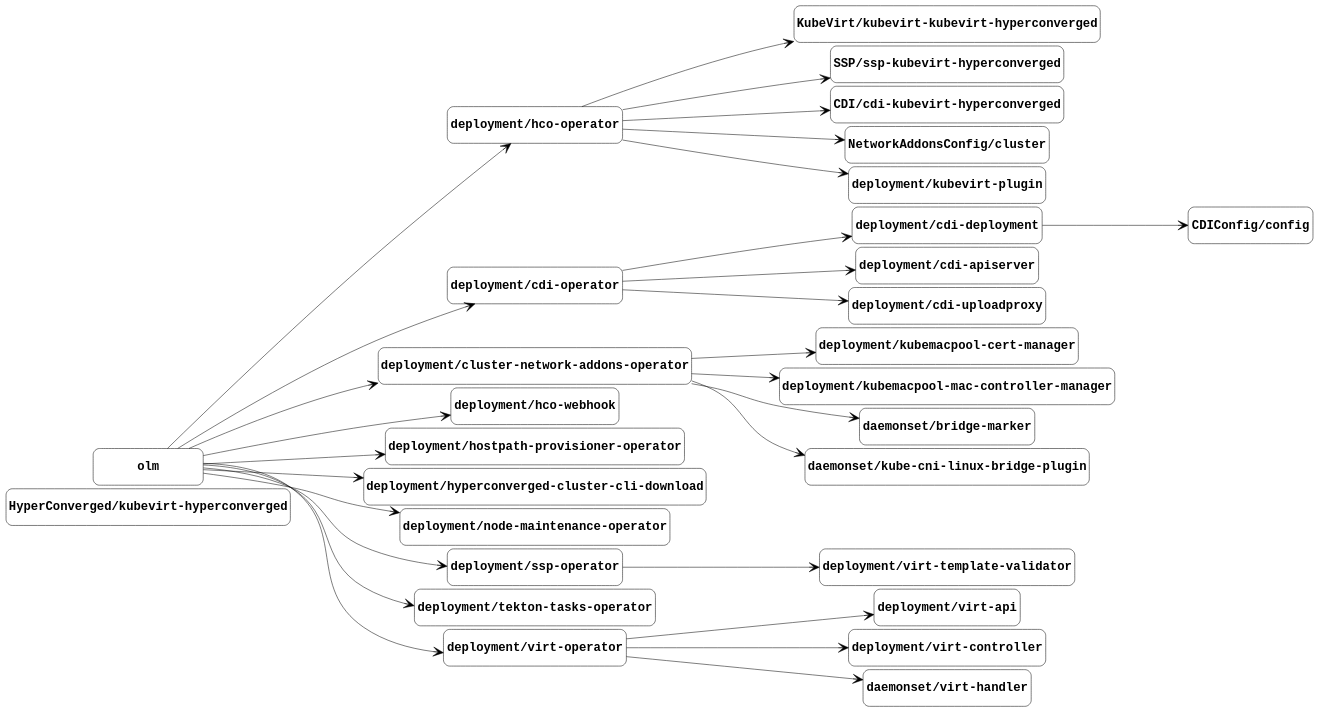
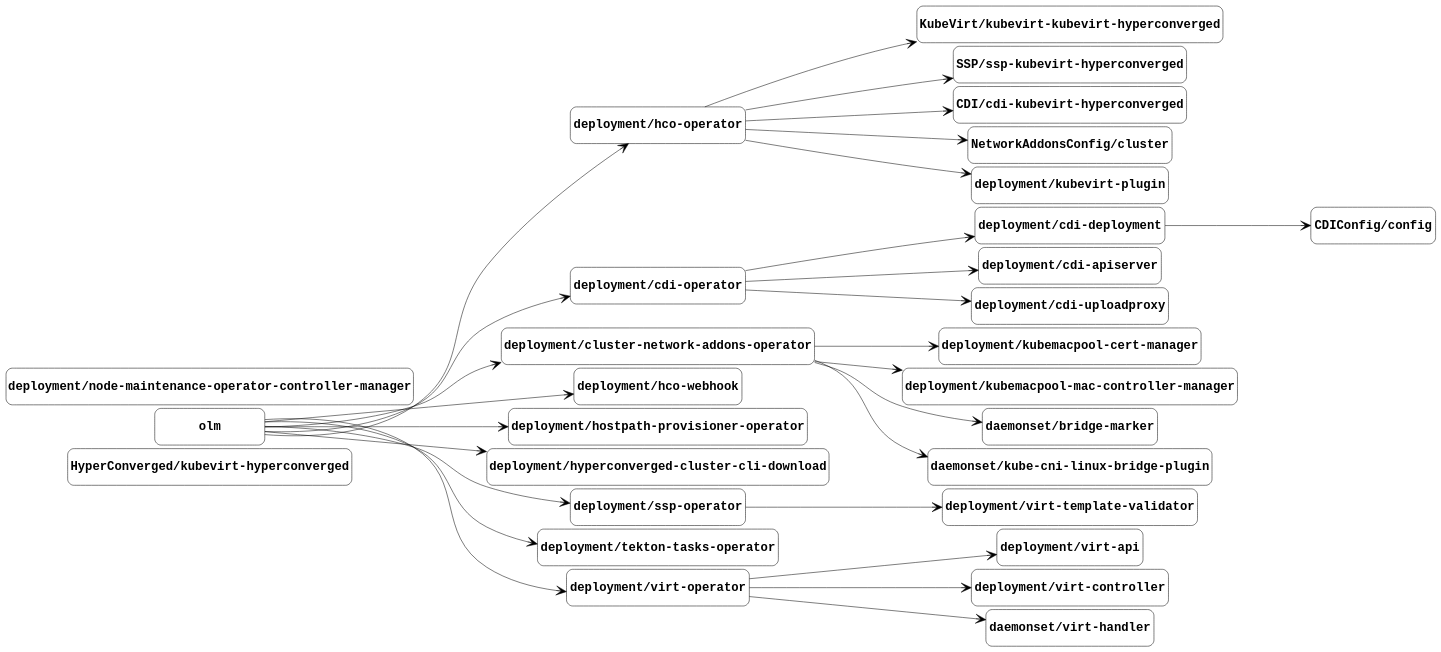
One commit to kubevirt/kubevirt changed the diagram in docs/managed-by.gv. Above: the diagram before and after it, drawn with Graphviz. The commit also changed 3 other files, not shown here.

Commit message:
Update component graphs from the nightly job (#1956)

```diff
--- a/docs/managed-by.gv
+++ b/docs/managed-by.gv
@@ -1,87 +1,85 @@
 digraph "managed-by" {
 	graph [center=true margin=0.2 nodesep=0.1 rankdir=LR ranksep=2]
 	node [fontname="Courier-Bold" fontsize=24 height=1 shape=box style=rounded width=3]
 	edge [arrowhead=vee arrowsize=2]
 	"HyperConverged/kubevirt-hyperconverged" [label="HyperConverged/kubevirt-hyperconverged"]
 	"KubeVirt/kubevirt-kubevirt-hyperconverged" [label="KubeVirt/kubevirt-kubevirt-hyperconverged"]
 	"deployment/hco-operator" [label="deployment/hco-operator"]
 	"deployment/hco-operator" -> "KubeVirt/kubevirt-kubevirt-hyperconverged"
 	"SSP/ssp-kubevirt-hyperconverged" [label="SSP/ssp-kubevirt-hyperconverged"]
 	"deployment/hco-operator" [label="deployment/hco-operator"]
 	"deployment/hco-operator" -> "SSP/ssp-kubevirt-hyperconverged"
 	"CDI/cdi-kubevirt-hyperconverged" [label="CDI/cdi-kubevirt-hyperconverged"]
 	"deployment/hco-operator" [label="deployment/hco-operator"]
 	"deployment/hco-operator" -> "CDI/cdi-kubevirt-hyperconverged"
 	"CDIConfig/config" [label="CDIConfig/config"]
 	"deployment/cdi-deployment" [label="deployment/cdi-deployment"]
 	"deployment/cdi-deployment" -> "CDIConfig/config"
 	"NetworkAddonsConfig/cluster" [label="NetworkAddonsConfig/cluster"]
 	"deployment/hco-operator" [label="deployment/hco-operator"]
 	"deployment/hco-operator" -> "NetworkAddonsConfig/cluster"
 	"deployment/cdi-apiserver" [label="deployment/cdi-apiserver"]
 	"deployment/cdi-operator" [label="deployment/cdi-operator"]
 	"deployment/cdi-operator" -> "deployment/cdi-apiserver"
 	"deployment/cdi-deployment" [label="deployment/cdi-deployment"]
 	"deployment/cdi-operator" [label="deployment/cdi-operator"]
 	"deployment/cdi-operator" -> "deployment/cdi-deployment"
 	"deployment/cdi-operator" [label="deployment/cdi-operator"]
 	olm [label=olm]
 	olm -> "deployment/cdi-operator"
 	"deployment/cdi-uploadproxy" [label="deployment/cdi-uploadproxy"]
 	"deployment/cdi-operator" [label="deployment/cdi-operator"]
 	"deployment/cdi-operator" -> "deployment/cdi-uploadproxy"
 	"deployment/cluster-network-addons-operator" [label="deployment/cluster-network-addons-operator"]
 	olm [label=olm]
 	olm -> "deployment/cluster-network-addons-operator"
 	"deployment/hco-operator" [label="deployment/hco-operator"]
 	olm [label=olm]
 	olm -> "deployment/hco-operator"
 	"deployment/hco-webhook" [label="deployment/hco-webhook"]
 	olm [label=olm]
 	olm -> "deployment/hco-webhook"
 	"deployment/hostpath-provisioner-operator" [label="deployment/hostpath-provisioner-operator"]
 	olm [label=olm]
 	olm -> "deployment/hostpath-provisioner-operator"
 	"deployment/hyperconverged-cluster-cli-download" [label="deployment/hyperconverged-cluster-cli-download"]
 	olm [label=olm]
 	olm -> "deployment/hyperconverged-cluster-cli-download"
 	"deployment/kubemacpool-cert-manager" [label="deployment/kubemacpool-cert-manager"]
 	"deployment/cluster-network-addons-operator" [label="deployment/cluster-network-addons-operator"]
 	"deployment/cluster-network-addons-operator" -> "deployment/kubemacpool-cert-manager"
 	"deployment/kubemacpool-mac-controller-manager" [label="deployment/kubemacpool-mac-controller-manager"]
 	"deployment/cluster-network-addons-operator" [label="deployment/cluster-network-addons-operator"]
 	"deployment/cluster-network-addons-operator" -> "deployment/kubemacpool-mac-controller-manager"
 	"deployment/kubevirt-plugin" [label="deployment/kubevirt-plugin"]
 	"deployment/hco-operator" [label="deployment/hco-operator"]
 	"deployment/hco-operator" -> "deployment/kubevirt-plugin"
-	"deployment/node-maintenance-operator" [label="deployment/node-maintenance-operator"]
-	olm [label=olm]
-	olm -> "deployment/node-maintenance-operator"
+	"deployment/node-maintenance-operator-controller-manager" [label="deployment/node-maintenance-operator-controller-manager"]
 	"deployment/ssp-operator" [label="deployment/ssp-operator"]
 	olm [label=olm]
 	olm -> "deployment/ssp-operator"
 	"deployment/tekton-tasks-operator" [label="deployment/tekton-tasks-operator"]
 	olm [label=olm]
 	olm -> "deployment/tekton-tasks-operator"
 	"deployment/virt-api" [label="deployment/virt-api"]
 	"deployment/virt-operator" [label="deployment/virt-operator"]
 	"deployment/virt-operator" -> "deployment/virt-api"
 	"deployment/virt-controller" [label="deployment/virt-controller"]
 	"deployment/virt-operator" [label="deployment/virt-operator"]
 	"deployment/virt-operator" -> "deployment/virt-controller"
 	"deployment/virt-operator" [label="deployment/virt-operator"]
 	olm [label=olm]
 	olm -> "deployment/virt-operator"
 	"deployment/virt-template-validator" [label="deployment/virt-template-validator"]
 	"deployment/ssp-operator" [label="deployment/ssp-operator"]
 	"deployment/ssp-operator" -> "deployment/virt-template-validator"
 	"daemonset/bridge-marker" [label="daemonset/bridge-marker"]
 	"deployment/cluster-network-addons-operator" [label="deployment/cluster-network-addons-operator"]
 	"deployment/cluster-network-addons-operator" -> "daemonset/bridge-marker"
 	"daemonset/kube-cni-linux-bridge-plugin" [label="daemonset/kube-cni-linux-bridge-plugin"]
 	"deployment/cluster-network-addons-operator" [label="deployment/cluster-network-addons-operator"]
 	"deployment/cluster-network-addons-operator" -> "daemonset/kube-cni-linux-bridge-plugin"
 	"daemonset/virt-handler" [label="daemonset/virt-handler"]
 	"deployment/virt-operator" [label="deployment/virt-operator"]
 	"deployment/virt-operator" -> "daemonset/virt-handler"
 }
```
